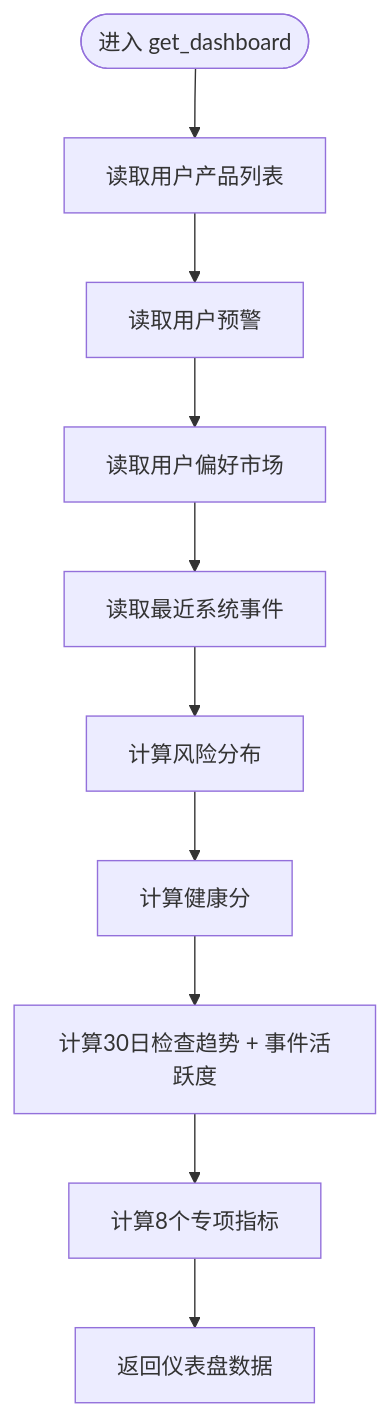
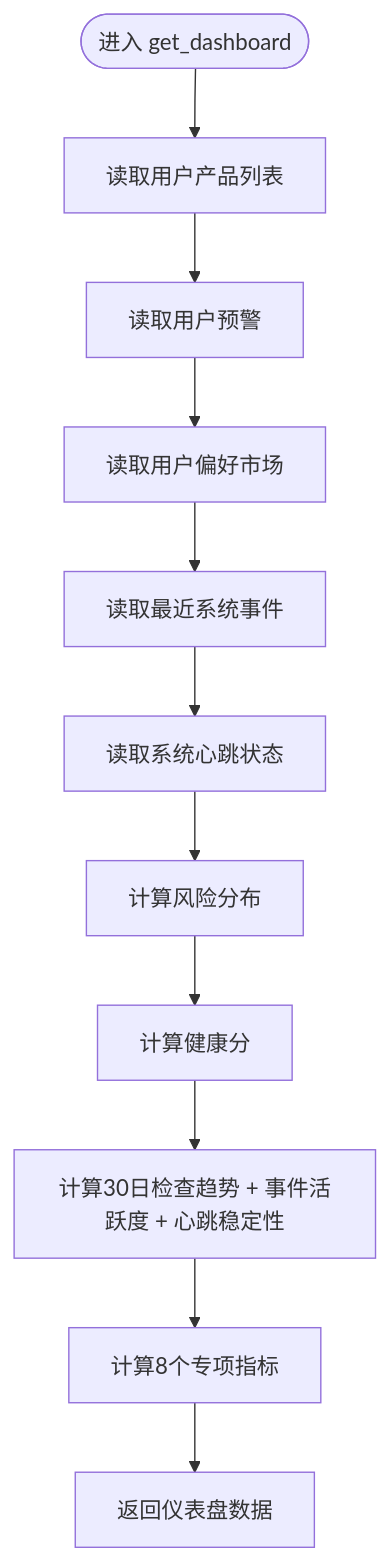
The third of 10 diagrams in .qoder/repowiki/zh/content/监控与运维/系统健康监控.md (angledick/-), drawn with Mermaid before and after one commit. The commit also changed other lines of this file and 313 other files, not shown here.

````diff
--- a/.qoder/repowiki/zh/content/监控与运维/系统健康监控.md
+++ b/.qoder/repowiki/zh/content/监控与运维/系统健康监控.md
@@ -199,12 +236,13 @@
 ```mermaid
 flowchart TD
 Start(["进入 get_dashboard"]) --> LoadProducts["读取用户产品列表"]
 LoadProducts --> LoadAlerts["读取用户预警"]
 LoadAlerts --> LoadMarkets["读取用户偏好市场"]
 LoadMarkets --> LoadEvents["读取最近系统事件"]
-LoadEvents --> CalcRisk["计算风险分布"]
+LoadEvents --> LoadHeartbeat["读取系统心跳状态"]
+LoadHeartbeat --> CalcRisk["计算风险分布"]
 CalcRisk --> CalcScore["计算健康分"]
-CalcScore --> CalcTrend["计算30日检查趋势 + 事件活跃度"]
+CalcScore --> CalcTrend["计算30日检查趋势 + 事件活跃度 + 心跳稳定性"]
 CalcTrend --> CalcMetrics["计算8个专项指标"]
 CalcMetrics --> Return["返回仪表盘数据"]
 ```
````
